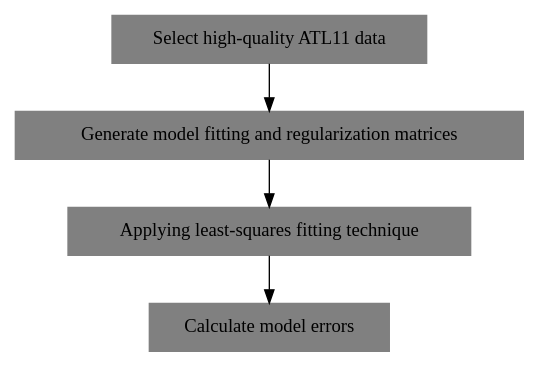
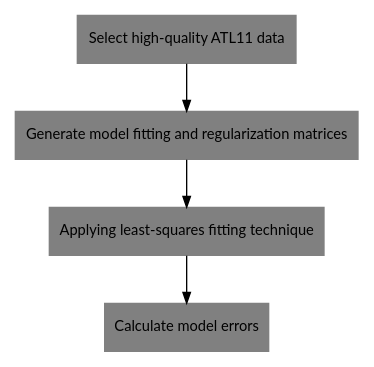
One commit to tsutterley/IS2view changed the diagram in doc/source/getting_started/Getting-Started.rst. Above: the diagram before and after it, drawn with Graphviz. The commit also changed 6 other files, not shown here.

```diff
--- a/doc/source/getting_started/Getting-Started.rst
+++ b/doc/source/getting_started/Getting-Started.rst
@@ -13,13 +13,33 @@
 .. graphviz::
     :caption: ICESat-2 Gridded Land Ice Height Framework
     :align: center
 
     digraph {
-        S [label="Select high-quality ATL11 data" shape=box style="filled" color="gray"]
-        M [label="Generate model fitting and regularization matrices" shape=box style="filled" color="gray"]
-        L [label="Applying least-squares fitting technique" shape=box style="filled" color="gray"]
-        E [label="Calculate model errors" shape=box style="filled" color="gray"]
-        S -> M
-        M -> L
-        L -> E
+        S [label="Select high-quality ATL11 data"
+            fontname="Lato"
+            fontsize=11
+            shape=box
+            style="filled"
+            color="gray"]
+        M [label="Generate model fitting and regularization matrices"
+            fontname="Lato"
+            fontsize=11
+            shape=box
+            style="filled"
+            color="gray"]
+        L [label="Applying least-squares fitting technique"
+            fontname="Lato"
+            fontsize=11
+            shape=box
+            style="filled"
+            color="gray"]
+        E [label="Calculate model errors"
+            fontname="Lato"
+            fontsize=11
+            shape=box
+            style="filled"
+            color="gray"]
+        S -> M [arrowsize=0.8]
+        M -> L [arrowsize=0.8]
+        L -> E [arrowsize=0.8]
     }
```
